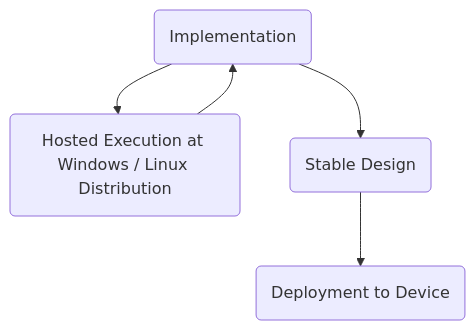
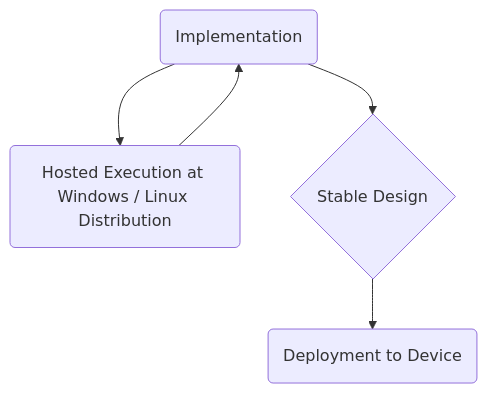
The diagram in README.md (move-os/moveOS), drawn with Mermaid before and after one commit.

````diff
--- a/README.md
+++ b/README.md
@@ -37,7 +37,7 @@
 ```mermaid
 graph TD;
   A(Implementation) --> B(Hosted Execution at Windows / Linux Distribution)
   B --> A
-  A --> C(Stable Design)
+  A --> C{Stable Design}
   C --> D(Deployment to Device)
 ```
````
